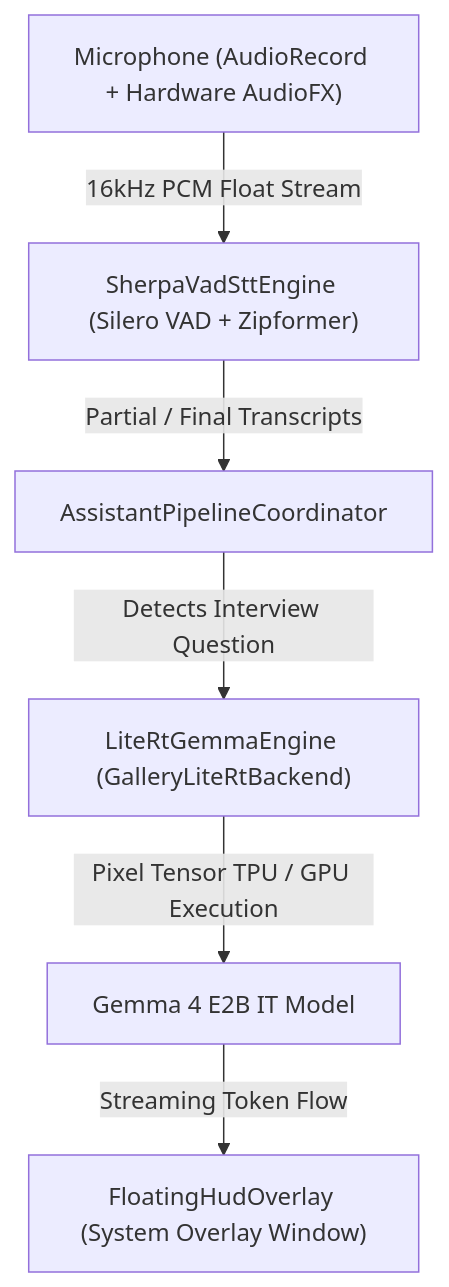
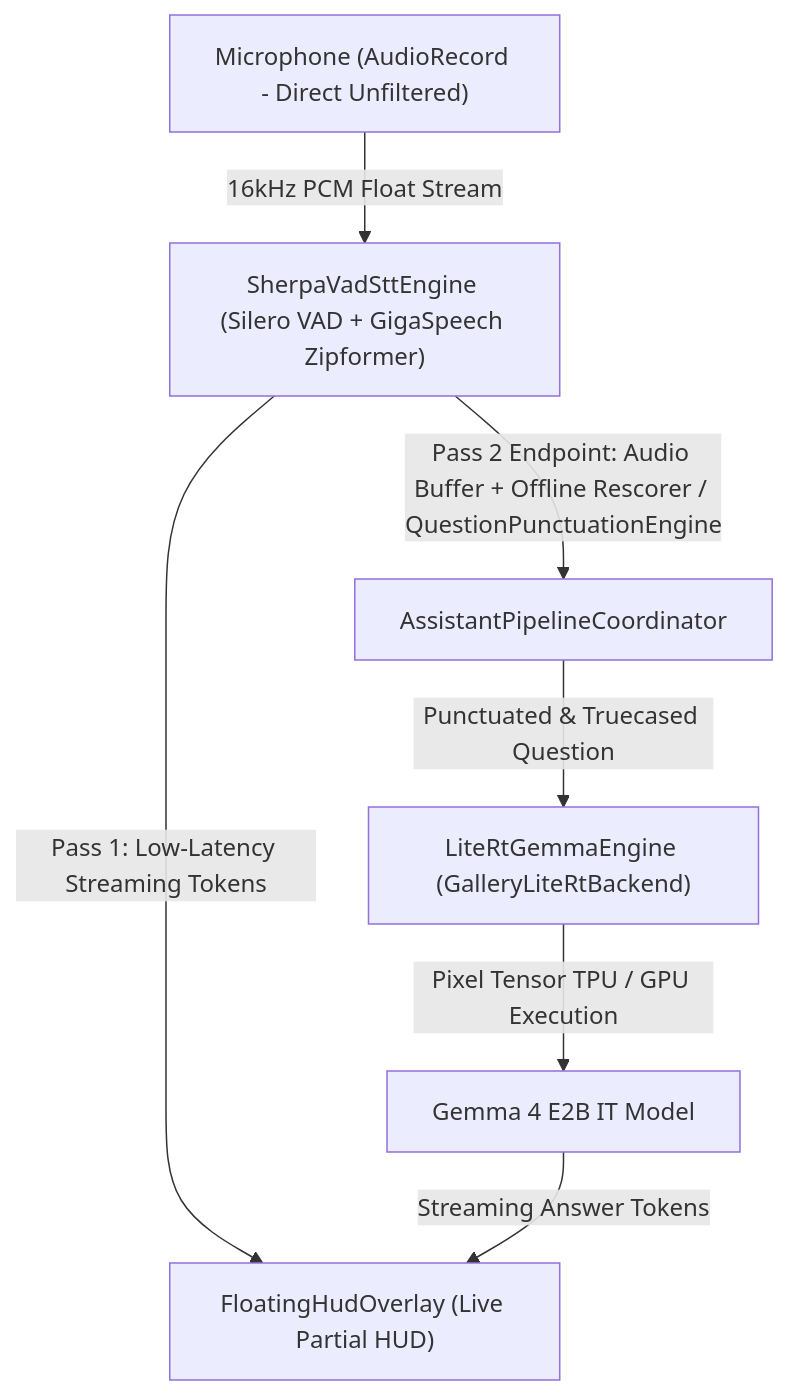
The diagram in README.md (eduardoben/ai-interview), drawn with Mermaid before and after one commit. The commit also changed other lines of this file and 16 other files, not shown here.

Commit message:
feat: release v1.3.0 with two-pass hybrid ASR and punctuation truecasing

````diff
--- a/README.md
+++ b/README.md
@@ -30,8 +31,9 @@
 ```mermaid
 graph TD
-    A["Microphone (AudioRecord + Hardware AudioFX)"] -->|16kHz PCM Float Stream| B["SherpaVadSttEngine (Silero VAD + Zipformer)"]
-    B -->|Partial / Final Transcripts| C["AssistantPipelineCoordinator"]
-    C -->|Detects Interview Question| D["LiteRtGemmaEngine (GalleryLiteRtBackend)"]
+    A["Microphone (AudioRecord - Direct Unfiltered)"] -->|16kHz PCM Float Stream| B["SherpaVadSttEngine (Silero VAD + GigaSpeech Zipformer)"]
+    B -->|Pass 1: Low-Latency Streaming Tokens| F["FloatingHudOverlay (Live Partial HUD)"]
+    B -->|Pass 2 Endpoint: Audio Buffer + Offline Rescorer / QuestionPunctuationEngine| C["AssistantPipelineCoordinator"]
+    C -->|Punctuated & Truecased Question| D["LiteRtGemmaEngine (GalleryLiteRtBackend)"]
     D -->|Pixel Tensor TPU / GPU Execution| E["Gemma 4 E2B IT Model"]
-    E -->|Streaming Token Flow| F["FloatingHudOverlay (System Overlay Window)"]
+    E -->|Streaming Answer Tokens| F
 ```
````
